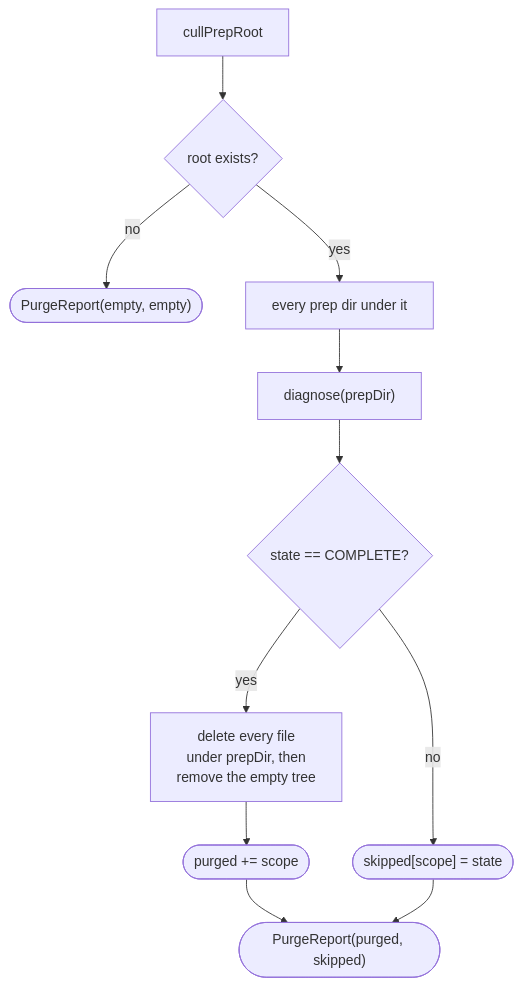
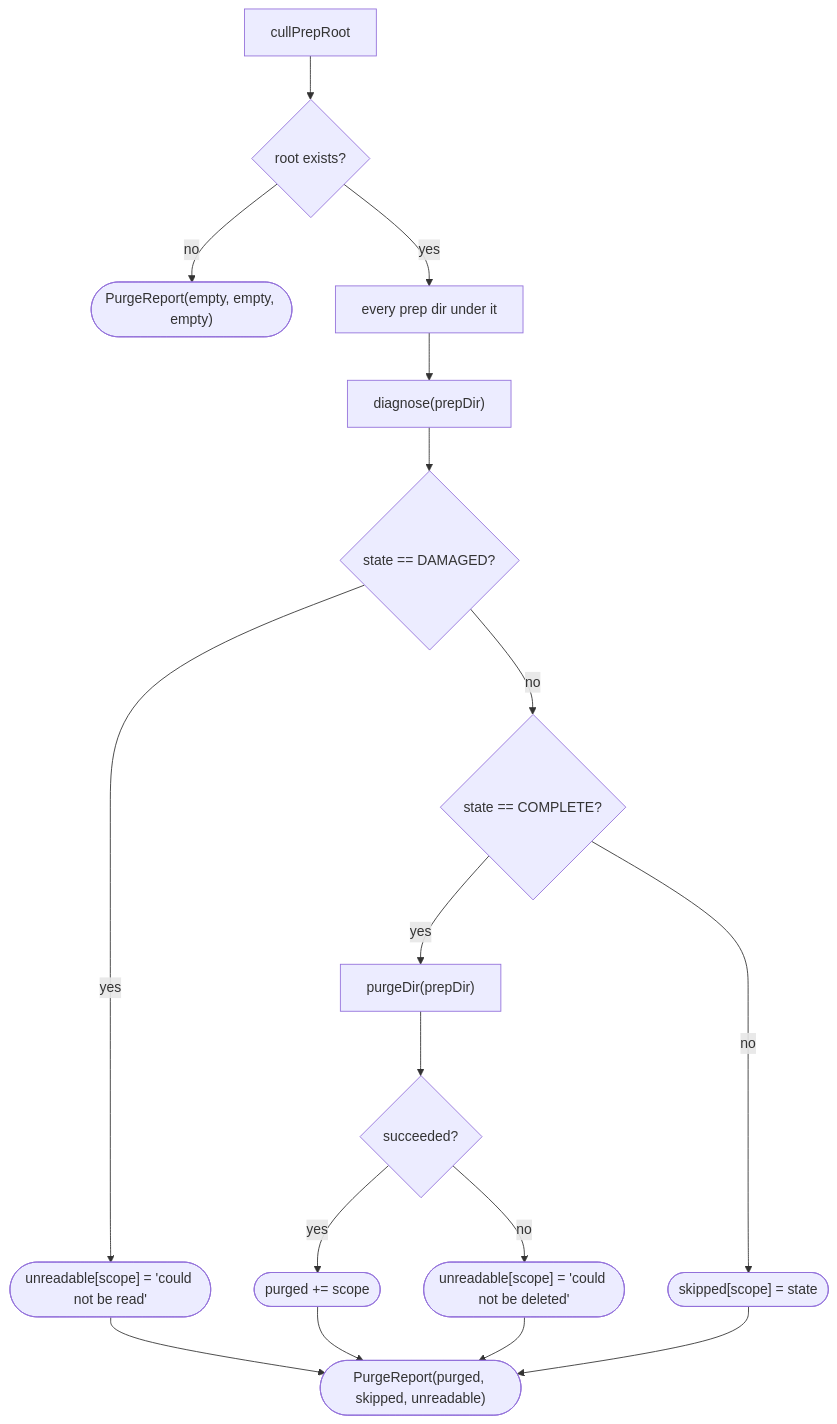
Before and after one commit to AdrianNachev91/sluice: the second of 2 diagrams in app/docs/design/application/service/prep-dir-doctor.md, drawn with Mermaid. The commit also changed other lines of this file and 24 other files, not shown here.

````diff
--- a/app/docs/design/application/service/prep-dir-doctor.md
+++ b/app/docs/design/application/service/prep-dir-doctor.md
@@ -90,13 +103,19 @@
 ```mermaid
 flowchart TD
     A["cullPrepRoot"] --> B{"root exists?"}
-    B -- no --> Z(["PurgeReport(empty, empty)"])
+    B -- no --> Z(["PurgeReport(empty, empty, empty)"])
     B -- yes --> C["every prep dir under it"]
     C --> D["diagnose(prepDir)"]
-    D --> E{"state == COMPLETE?"}
-    E -- yes --> F["delete every file<br/>under prepDir, then<br/>remove the empty tree"]
-    F --> G(["purged += scope"])
+    D --> J{"state == DAMAGED?"}
+    J -- yes --> K(["unreadable[scope] = 'could not be read'"])
+    J -- no --> E{"state == COMPLETE?"}
+    E -- yes --> F["purgeDir(prepDir)"]
+    F --> L{"succeeded?"}
+    L -- yes --> G(["purged += scope"])
+    L -- no --> M(["unreadable[scope] = 'could not be deleted'"])
     E -- no --> H(["skipped[scope] = state"])
-    G --> I(["PurgeReport(purged, skipped)"])
+    G --> I(["PurgeReport(purged, skipped, unreadable)"])
     H --> I
+    K --> I
+    M --> I
 ```
````
